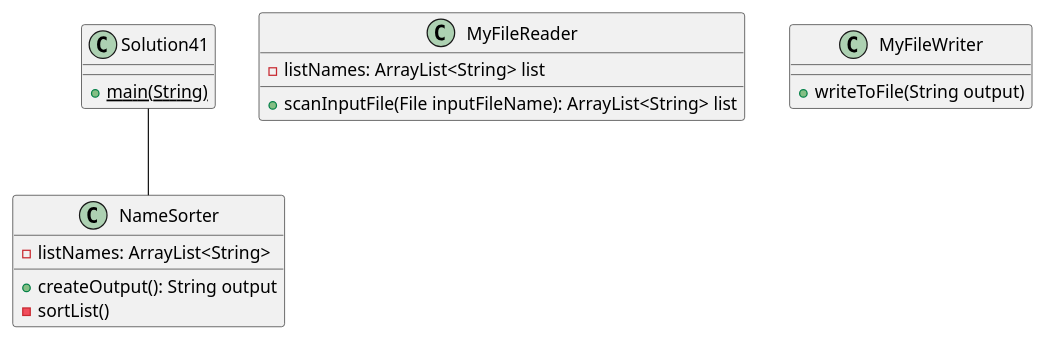
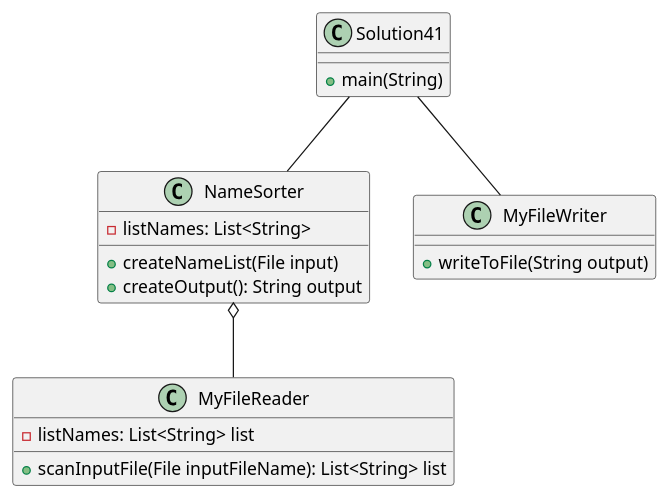
Before and after one commit to MarcPalacio/palacio-a04: the diagram in exercise41/docs/Solution41UML.puml, drawn with PlantUML.

Commit message:
updated Solution41UML

```diff
--- a/exercise41/docs/Solution41UML.puml
+++ b/exercise41/docs/Solution41UML.puml
@@ -1,35 +1,39 @@
 @startuml
 
 class Solution41{
-    ' Methods
-    +{static}main(String)
+    'Methods
+    +main(String)
 }
 
 class NameSorter{
-    'Variables
-    -listNames: ArrayList<String>
+    'Attributes
+    -listNames: List<String>
 
     'Methods
+    'Creates sorted name list
+    +createNameList(File input)
     'Adds elements to output string
     +createOutput(): String output
-    'Sorts arraylist in alphabetical order
-    -sortList()
 }
 
 class MyFileReader{
-    'Variables
-    -listNames: ArrayList<String> list
+    'Attributes (List to return to NameSorter)
+    -listNames: List<String> list
 
+    'Methods
     'Adds elements to listNames from input file
-    +scanInputFile(File inputFileName): ArrayList<String> list
+    +scanInputFile(File inputFileName): List<String> list
 }
 
 class MyFileWriter{
+    'Methods
     'Writes string to output file
     +writeToFile(String output)
 }
 
 
 
 Solution41--NameSorter
+Solution41--MyFileWriter
+NameSorter o-- MyFileReader
 @enduml
```
